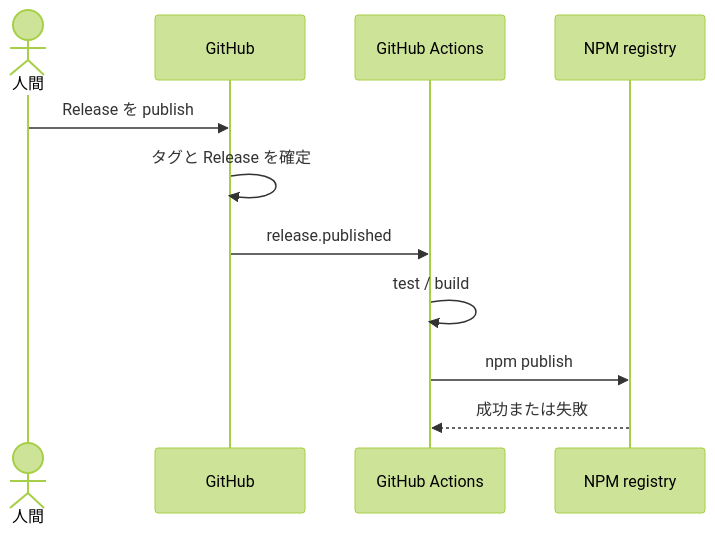
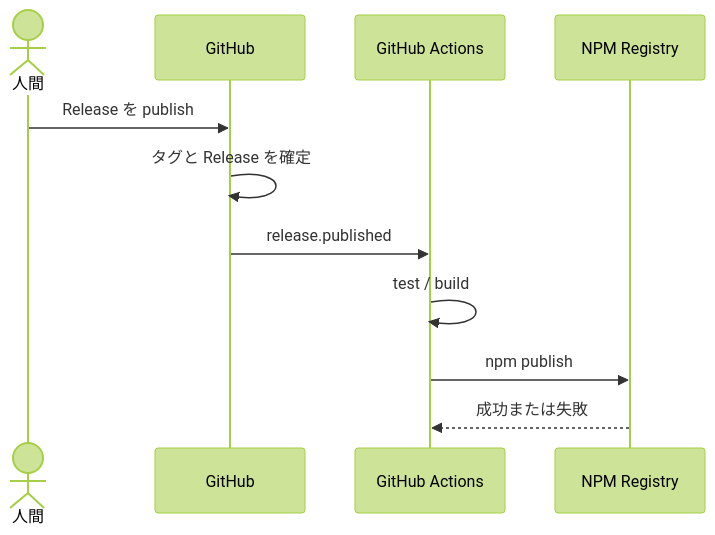
The first of 6 diagrams in articles/github-release-not-a-publish-trigger.md (mpyw/zenn), drawn with Mermaid (forest theme) before and after one commit.

Commit message:
docs: mermaid の NPM registry を NPM Registry に統一

````diff
--- a/articles/github-release-not-a-publish-trigger.md
+++ b/articles/github-release-not-a-publish-trigger.md
@@ -69,14 +69,14 @@
 ```mermaid
 sequenceDiagram
     actor Human as 人間
     participant GH as GitHub
     participant Actions as GitHub Actions
-    participant npm as NPM registry
+    participant npm as NPM Registry
 
     Human->>GH: Release を publish
     GH->>GH: タグと Release を確定
     GH->>Actions: release.published
     Actions->>Actions: test / build
     Actions->>npm: npm publish
     npm-->>Actions: 成功または失敗
 ```
````
